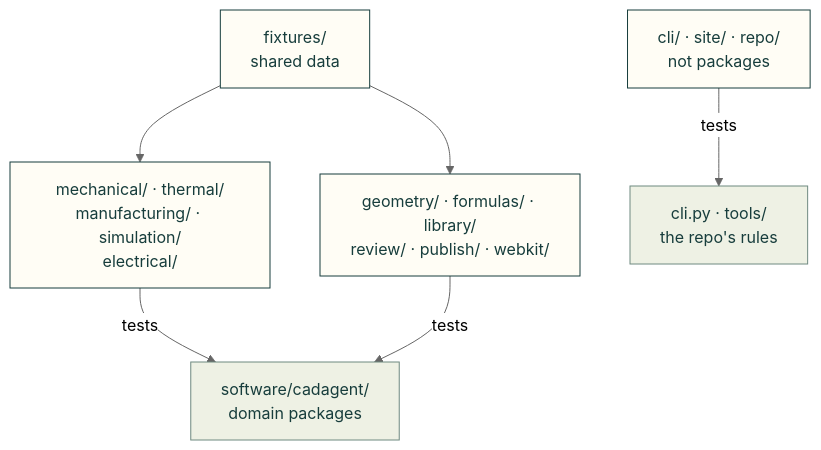
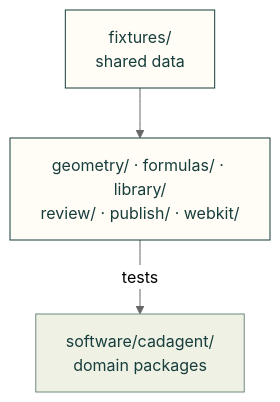
Before and after one commit to Valpatel/cad-agent: the second of 3 diagrams in tests/README.md, drawn with Mermaid (neutral theme). The commit also changed other lines of this file and 26 other files, not shown here.

Commit message:
docs(repo): make published folder diagrams readable across screen sizes

````diff
--- a/tests/README.md
+++ b/tests/README.md
@@ -10,13 +28,13 @@
 ```mermaid
 flowchart TD
-    D["mechanical/ · thermal/<br/>manufacturing/ · simulation/<br/>electrical/"] -->|"tests"| S["software/cadagent/<br/>domain packages"]
-    C["geometry/ · formulas/ · library/<br/>review/ · publish/ · webkit/"] -->|"tests"| S
-    A["cli/ · site/ · repo/<br/>not packages"] -->|"tests"| T["cli.py · tools/<br/>the repo's rules"]
-    F["fixtures/<br/>shared data"] --> D
+    S["software/cadagent/<br/>domain packages"]
+    C["geometry/ · formulas/ · library/<br/>review/ · publish/ · webkit/"]
+    F["fixtures/<br/>shared data"]
     F --> C
+    C -->|"tests"| S
     classDef here fill:#fffdf5,stroke:#173d3c,color:#173d3c
     classDef near fill:#eef1e4,stroke:#6f8a80,color:#173d3c
     classDef out fill:#ffe1cc,stroke:#bd3a12,color:#173d3c
-    class D,C,A,F here
-    class S,T near
+    class C,F here
+    class S near
 ```
````
